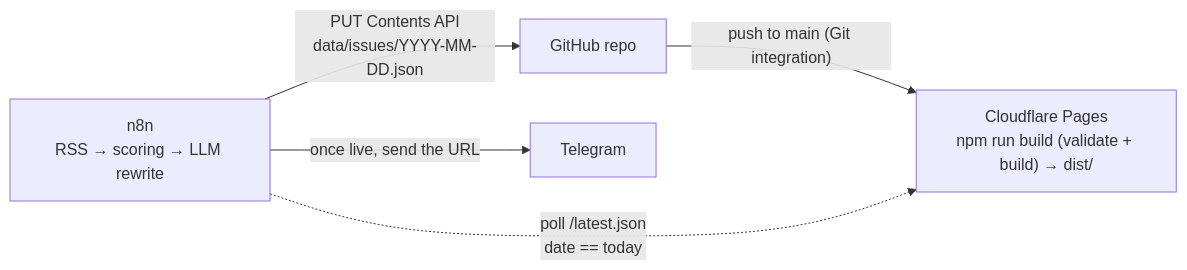
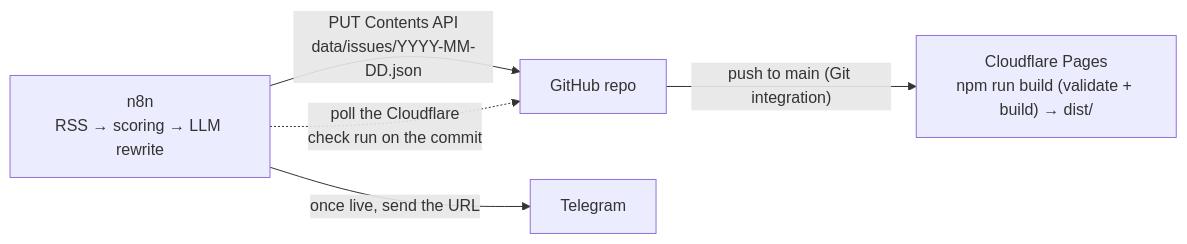
The diagram in README.md (finrod-chen/daily-paper-template), drawn with Mermaid before and after one commit. The commit also changed other lines of this file and 4 other files, not shown here.

First line of the commit message:
Remove Taiwan section; confirm deploys via Cloudflare check run

````diff
--- a/README.md
+++ b/README.md
@@ -13,7 +13,7 @@
 ```mermaid
 flowchart LR
   N8N["n8n<br/>RSS → scoring → LLM rewrite"] -- "PUT Contents API<br/>data/issues/YYYY-MM-DD.json" --> GH[GitHub repo]
   GH -- "push to main (Git integration)" --> CF["Cloudflare Pages<br/>npm run build (validate + build) → dist/"]
-  N8N -. "poll /latest.json<br/>date == today" .-> CF
+  N8N -. "poll the Cloudflare<br/>check run on the commit" .-> GH
   N8N -- "once live, send the URL" --> TG[Telegram]
 ```
````
